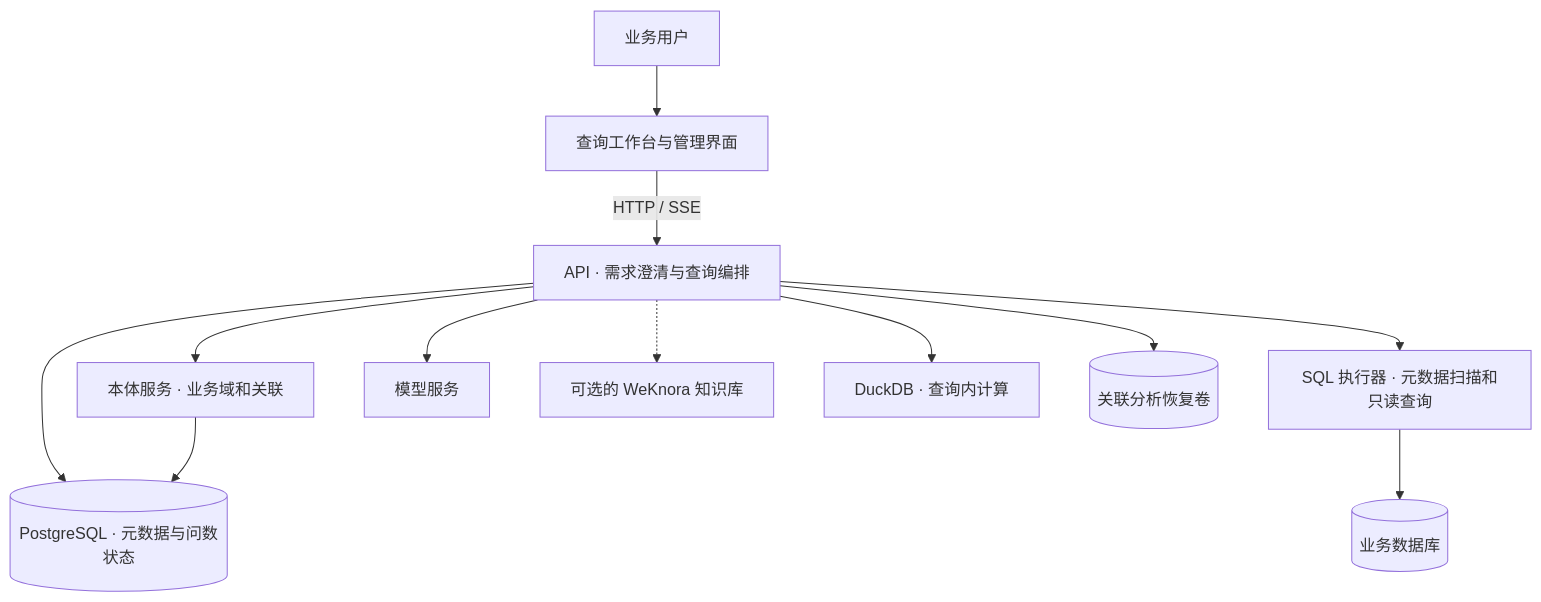
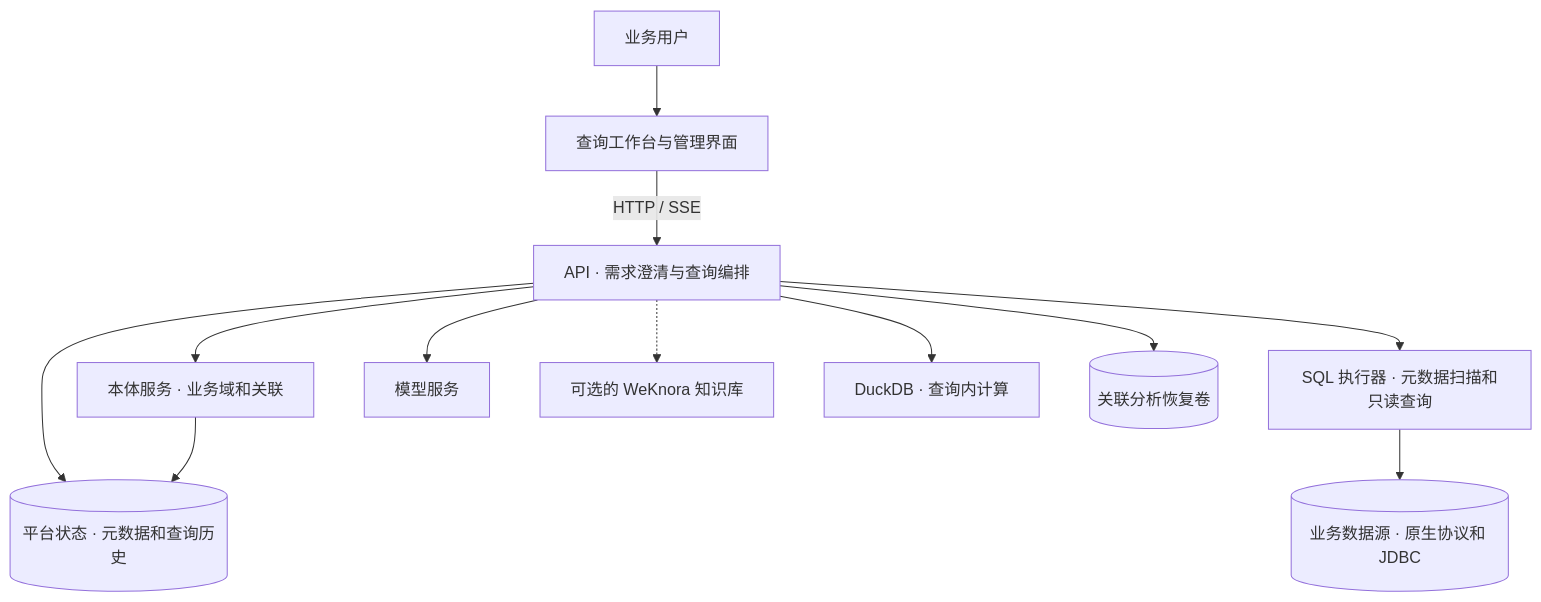
One commit to aikernix/semora-community changed the first of 3 diagrams in README.zh-CN.md. Above: the diagram before and after it, drawn with Mermaid. The commit also changed other lines of this file and 1 other file, not shown here.

Commit message:
Separate business data sources from platform storage in the architecture

````diff
--- a/README.zh-CN.md
+++ b/README.zh-CN.md
@@ -19,14 +19,14 @@
 ```mermaid
 flowchart TD
     U["业务用户"] --> W["查询工作台与管理界面"]
     W -->|HTTP / SSE| A["API · 需求澄清与查询编排"]
     A --> O["本体服务 · 业务域和关联"]
     A --> E["SQL 执行器 · 元数据扫描和只读查询"]
     A --> M["模型服务"]
     A -.-> K["可选的 WeKnora 知识库"]
-    E --> D[("业务数据库")]
+    E --> D[("业务数据源 · 原生协议和 JDBC")]
     A --> Q["DuckDB · 查询内计算"]
-    A --> P[("PostgreSQL · 元数据与问数状态")]
+    A --> P[("平台状态 · 元数据和查询历史")]
     O --> P
     A --> R[("关联分析恢复卷")]
 ```
````
